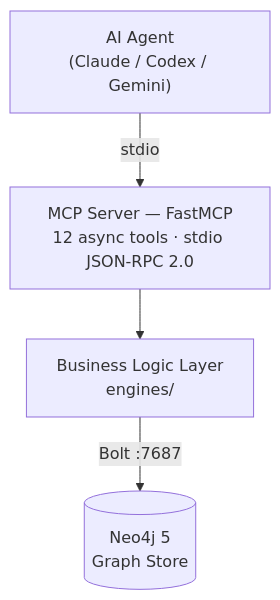
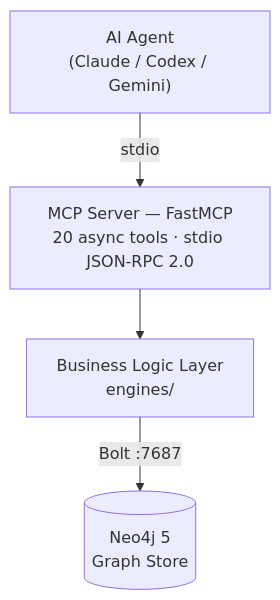
The diagram in docs/index.md (khoavu882/graphbase-memories-mcp), drawn with Mermaid before and after one commit. The commit also changed other lines of this file and 46 other files, not shown here.

````diff
--- a/docs/index.md
+++ b/docs/index.md
@@ -17,11 +17,11 @@
 ```mermaid
 graph TD
     A["AI Agent<br/>(Claude / Codex / Gemini)"]
-    B["MCP Server — FastMCP<br/>12 async tools · stdio JSON-RPC 2.0"]
+    B["MCP Server — FastMCP<br/>20 async tools · stdio JSON-RPC 2.0"]
     C["Business Logic Layer<br/>engines/"]
     I[("Neo4j 5<br/>Graph Store")]
 
     A -->|"stdio"| B
     B --> C
     C -->|"Bolt :7687"| I
 ```
````
